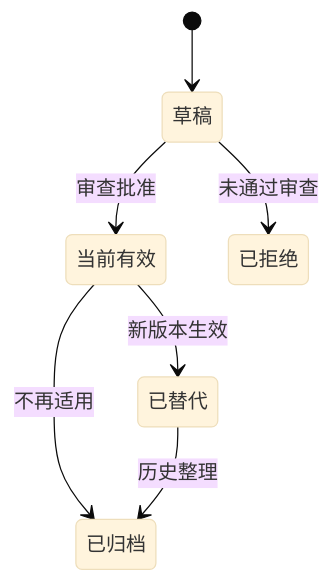
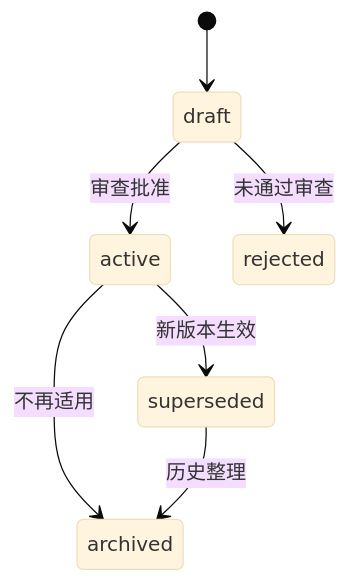
One commit to zhidao-studio/ai-product-engineering-framework changed the diagram in 04_Context工程/Context事实源与状态规范.md. Above: the diagram before and after it, drawn with Mermaid (base theme). The commit also changed other lines of this file, not shown here.

````diff
--- a/04_Context工程/Context事实源与状态规范.md
+++ b/04_Context工程/Context事实源与状态规范.md
@@ -62,9 +90,9 @@
 ```mermaid
 stateDiagram-v2
-    [*] --> 草稿
-    草稿 --> 当前有效: 审查批准
-    当前有效 --> 已替代: 新版本生效
-    当前有效 --> 已归档: 不再适用
-    已替代 --> 已归档: 历史整理
-    草稿 --> 已拒绝: 未通过审查
+    [*] --> draft
+    draft --> active: 审查批准
+    active --> superseded: 新版本生效
+    active --> archived: 不再适用
+    superseded --> archived: 历史整理
+    draft --> rejected: 未通过审查
 ```
````
